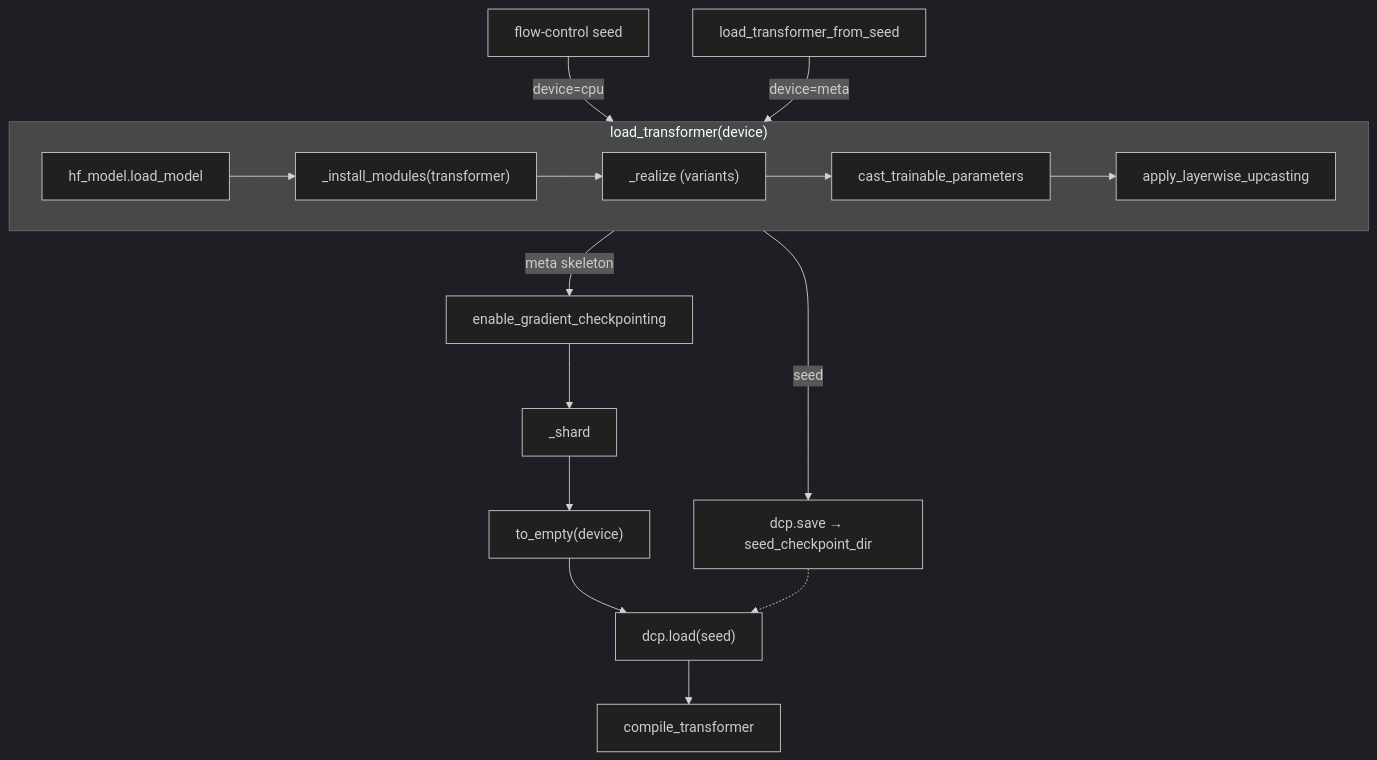
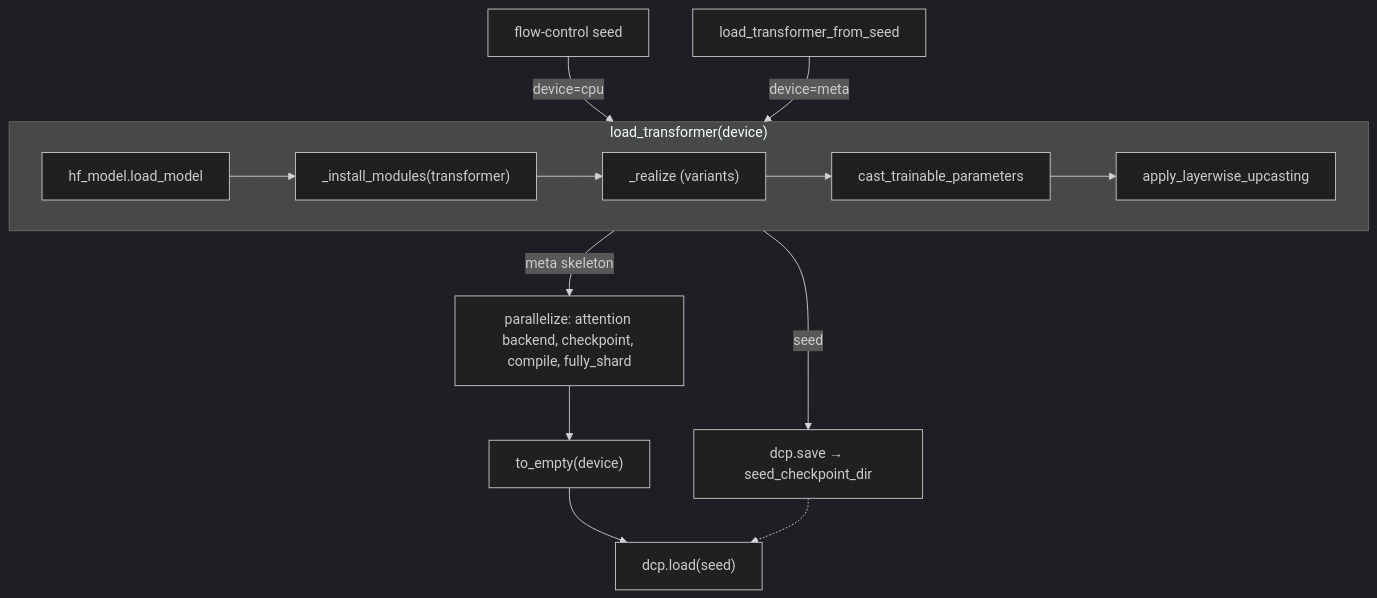
The diagram in docs/adapters/adapter.md (Duanyll/flow-control), drawn with Mermaid (dark theme) before and after one commit. The commit also changed other lines of this file and 29 other files, not shown here.

````diff
--- a/docs/adapters/adapter.md
+++ b/docs/adapters/adapter.md
@@ -50,12 +51,12 @@
 ```mermaid
 flowchart TB
     subgraph LT["load_transformer(device)"]
         direction LR
         L1["hf_model.load_model"] --> L2["_install_modules(transformer)"] --> L3["_realize (variants)"] --> L4["cast_trainable_parameters"] --> L5["apply_layerwise_upcasting"]
     end
     S1["flow-control seed"] -->|"device=cpu"| LT
     LT -->|"seed"| S2["dcp.save → seed_checkpoint_dir"]
     T1["load_transformer_from_seed"] -->|"device=meta"| LT
-    LT -->|"meta skeleton"| T2["enable_gradient_checkpointing"] --> T3["_shard"] --> T4["to_empty(device)"] --> T5["dcp.load(seed)"] --> T6["compile_transformer"]
+    LT -->|"meta skeleton"| T2["parallelize: attention backend, checkpoint, compile, fully_shard"] --> T4["to_empty(device)"] --> T5["dcp.load(seed)"]
     S2 -.-> T5
 ```
````
